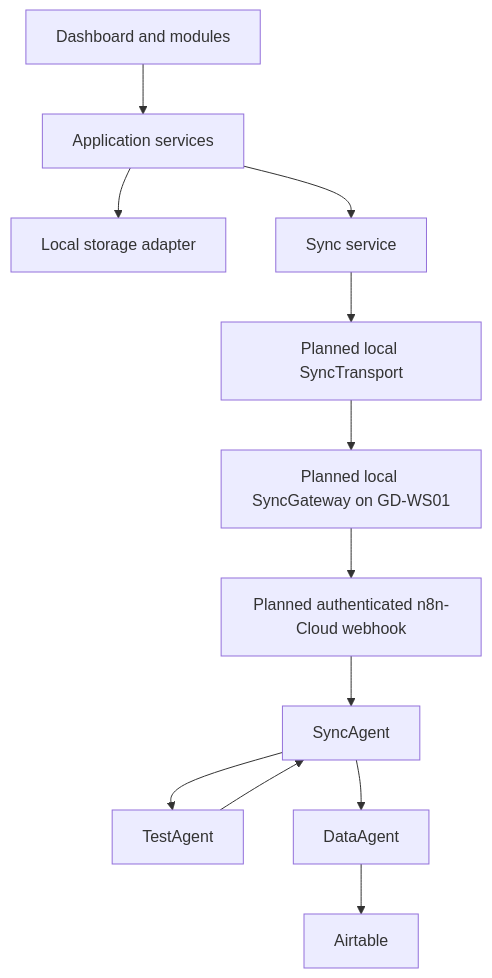
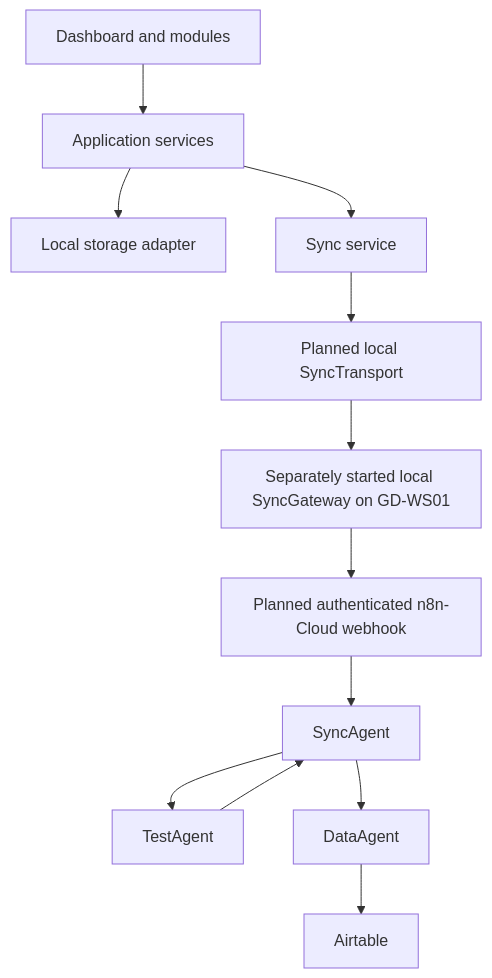
Before and after one commit to Varudan/goldendawn-os: the diagram in README.md, drawn with Mermaid. The commit also changed other lines of this file and 13 other files, not shown here.

Commit message:
local-sync-gateway (#49)

````diff
--- a/README.md
+++ b/README.md
@@ -125,14 +131,14 @@
 ```mermaid
 flowchart TD
     UI["Dashboard and modules"] --> Services["Application services"]
     Services --> Local["Local storage adapter"]
     Services --> Sync["Sync service"]
     Sync --> Transport["Planned local SyncTransport"]
-    Transport --> Gateway["Planned local SyncGateway on GD-WS01"]
+    Transport --> Gateway["Separately started local SyncGateway on GD-WS01"]
     Gateway --> Cloud["Planned authenticated n8n-Cloud webhook"]
     Cloud --> Agent["SyncAgent"]
     Agent --> Test["TestAgent"]
     Agent --> Data["DataAgent"]
     Test --> Agent
     Data --> Airtable["Airtable"]
 ```
````
